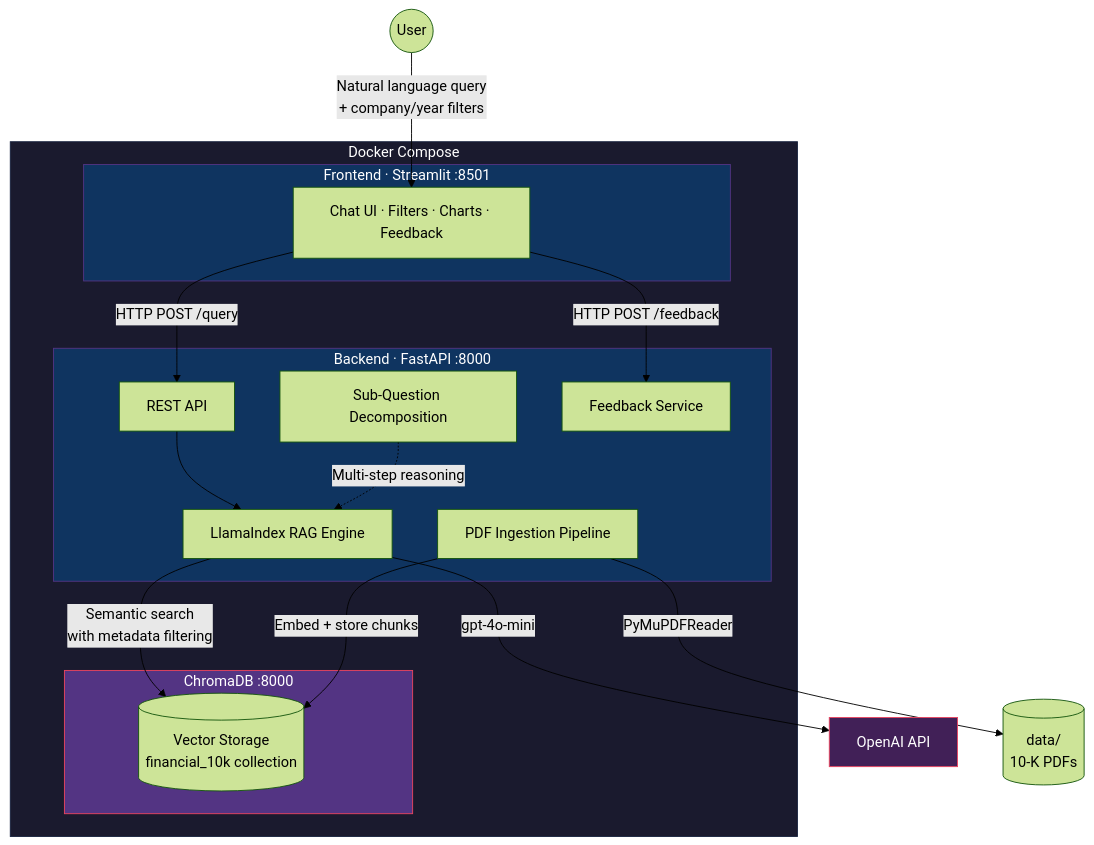
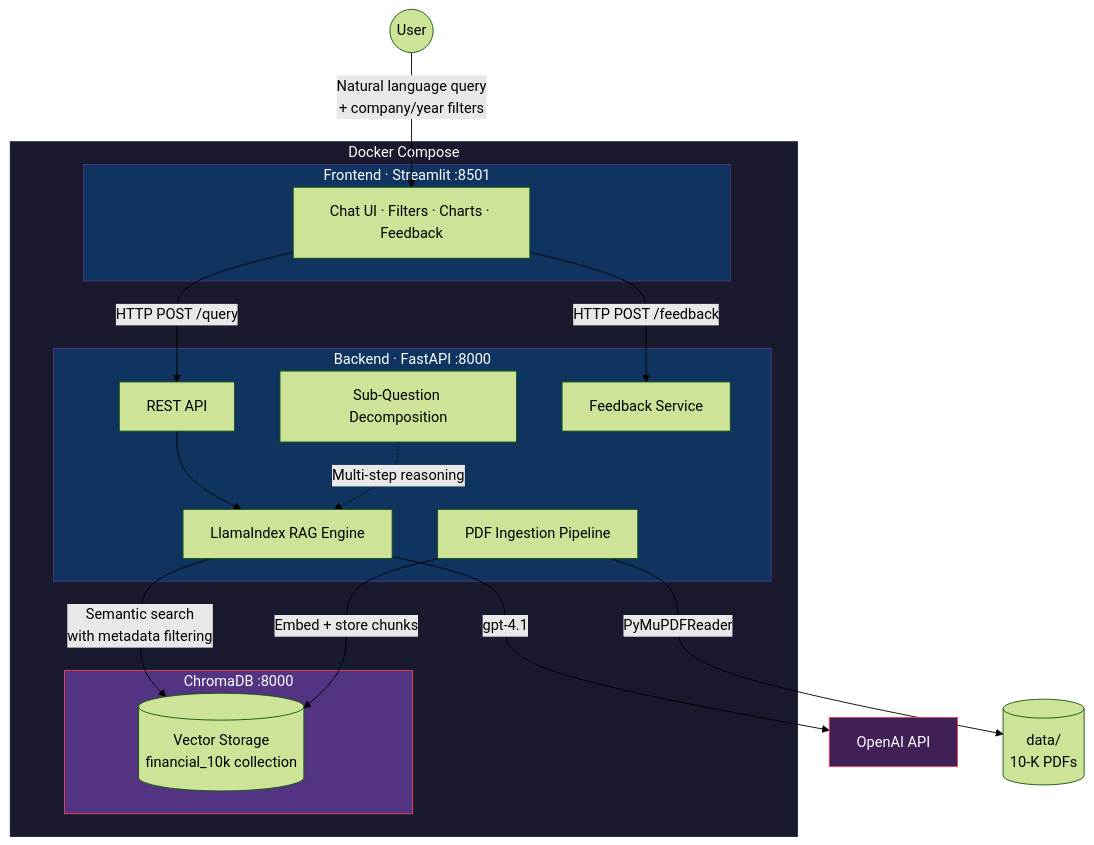
The diagram in README.md (straf10/Hackathon-RAG), drawn with Mermaid (forest theme) before and after one commit. The commit also changed other lines of this file and 2 other files, not shown here.

````diff
--- a/README.md
+++ b/README.md
@@ -9,34 +9,34 @@
 ```mermaid
 graph TB
     subgraph docker["Docker Compose"]
         subgraph frontendSvc["Frontend · Streamlit :8501"]
             UI["Chat UI · Filters · Charts · Feedback"]
         end
         subgraph backendSvc["Backend · FastAPI :8000"]
             API["REST API"]
             RAG["LlamaIndex RAG Engine"]
             SubQ["Sub-Question Decomposition"]
             Ingest["PDF Ingestion Pipeline"]
             FB["Feedback Service"]
         end
         subgraph chromaSvc["ChromaDB :8000"]
             VDB[("Vector Storage<br/>financial_10k collection")]
         end
     end
 
     User((User)) -->|"Natural language query<br/>+ company/year filters"| UI
     UI -->|"HTTP POST /query"| API
     API --> RAG
     RAG -->|"Semantic search<br/>with metadata filtering"| VDB
-    RAG -->|"gpt-4o-mini"| OpenAI["OpenAI API"]
+    RAG -->|"gpt-4.1"| OpenAI["OpenAI API"]
     SubQ -.->|"Multi-step reasoning"| RAG
     Ingest -->|"Embed + store chunks"| VDB
     Ingest -->|"PyMuPDFReader"| Data[("data/<br/>10-K PDFs")]
     UI -->|"HTTP POST /feedback"| FB
 
     style docker fill:#1a1a2e,stroke:#16213e,color:#fff
     style frontendSvc fill:#0f3460,stroke:#533483,color:#fff
     style backendSvc fill:#0f3460,stroke:#533483,color:#fff
     style chromaSvc fill:#533483,stroke:#e94560,color:#fff
     style OpenAI fill:#412057,stroke:#e94560,color:#fff
 ```
````
